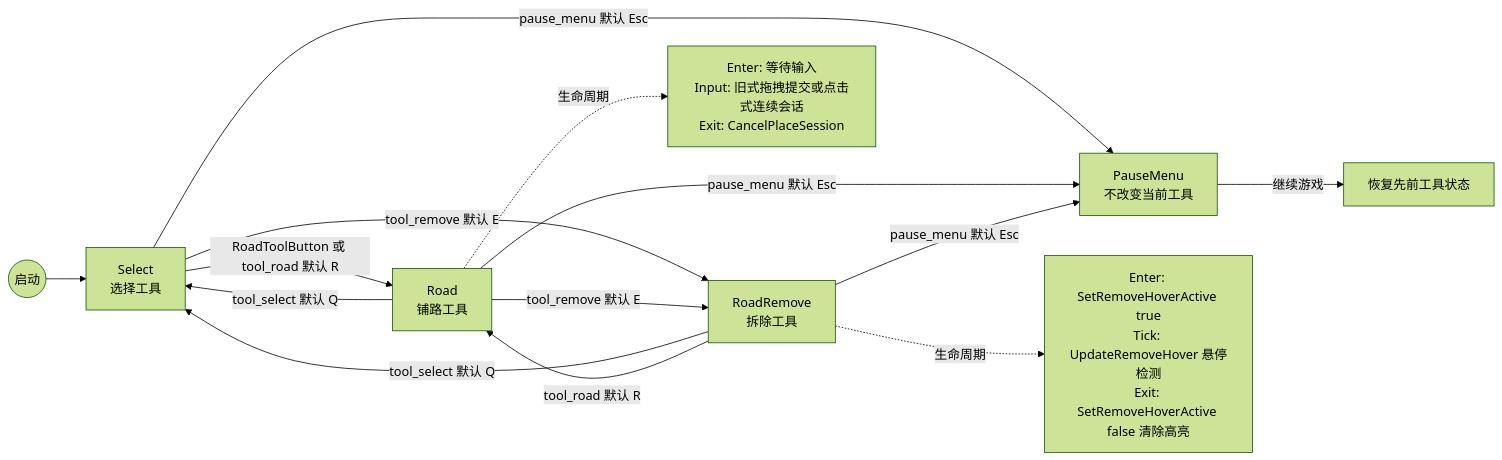
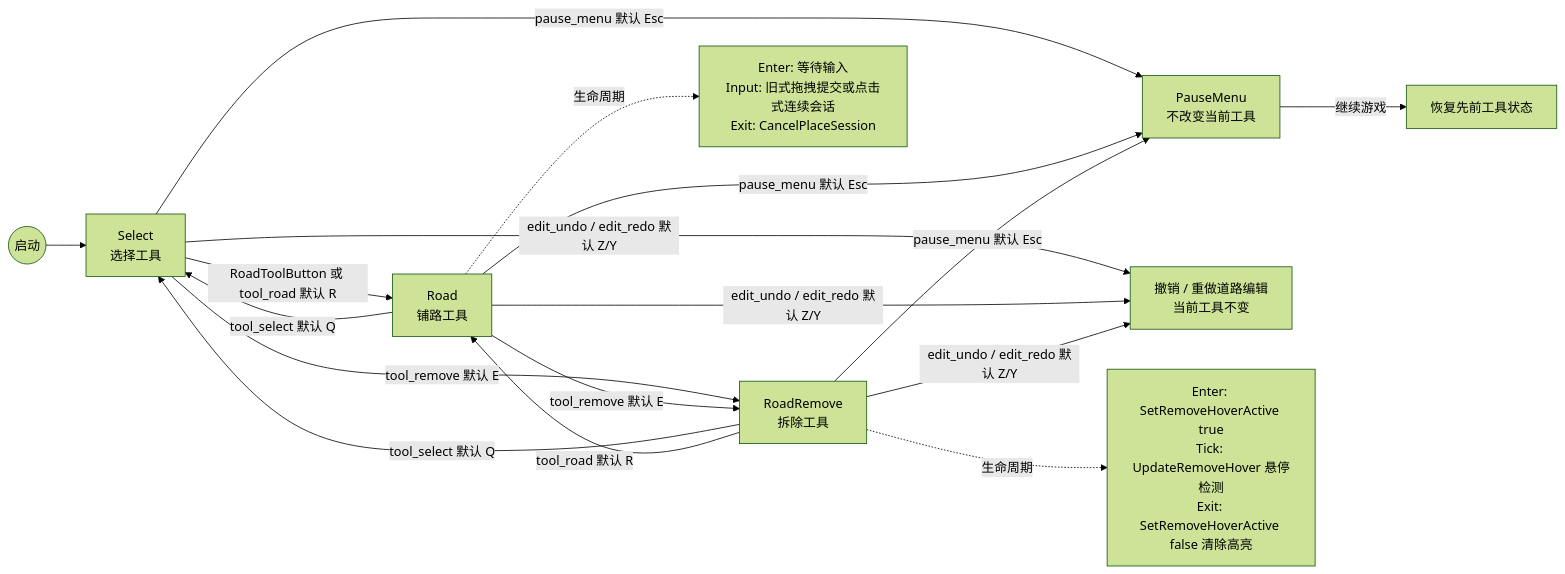
Before and after one commit to xianfishyu/SimpleCities: the fifth of 9 diagrams in docs/reference/game-logic.md, drawn with Mermaid (forest theme). The commit also changed other lines of this file and 17 other files, not shown here.

````diff
--- a/docs/reference/game-logic.md
+++ b/docs/reference/game-logic.md
@@ -204,19 +216,23 @@
 ```mermaid
 flowchart LR
     Start((启动)) --> Select
 
     Select["Select<br/>选择工具"] -->|RoadToolButton 或 tool_road 默认 R| Road["Road<br/>铺路工具"]
     Select -->|tool_remove 默认 E| Remove["RoadRemove<br/>拆除工具"]
     Road -->|tool_select 默认 Q| Select
     Road -->|tool_remove 默认 E| Remove
     Remove -->|tool_select 默认 Q| Select
     Remove -->|tool_road 默认 R| Road
 
     Select -->|pause_menu 默认 Esc| Pause["PauseMenu<br/>不改变当前工具"]
     Road -->|pause_menu 默认 Esc| Pause
     Remove -->|pause_menu 默认 Esc| Pause
     Pause -->|继续游戏| Previous["恢复先前工具状态"]
 
+    Select -->|edit_undo / edit_redo 默认 Z/Y| Edit["撤销 / 重做道路编辑<br/>当前工具不变"]
+    Road -->|edit_undo / edit_redo 默认 Z/Y| Edit
+    Remove -->|edit_undo / edit_redo 默认 Z/Y| Edit
+
     Road -.生命周期.-> RN["Enter: 等待输入<br/>Input: 旧式拖拽提交或点击式连续会话<br/>Exit: CancelPlaceSession"]
     Remove -.生命周期.-> RMN["Enter: SetRemoveHoverActive true<br/>Tick: UpdateRemoveHover 悬停检测<br/>Exit: SetRemoveHoverActive false 清除高亮"]
 ```
````
